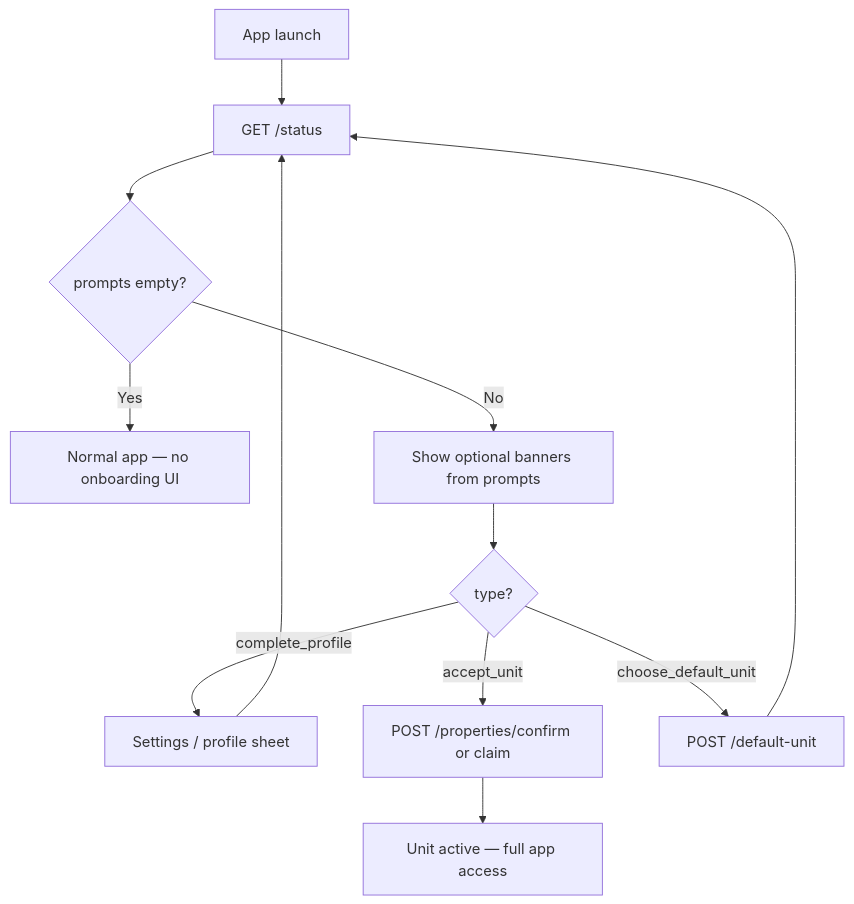
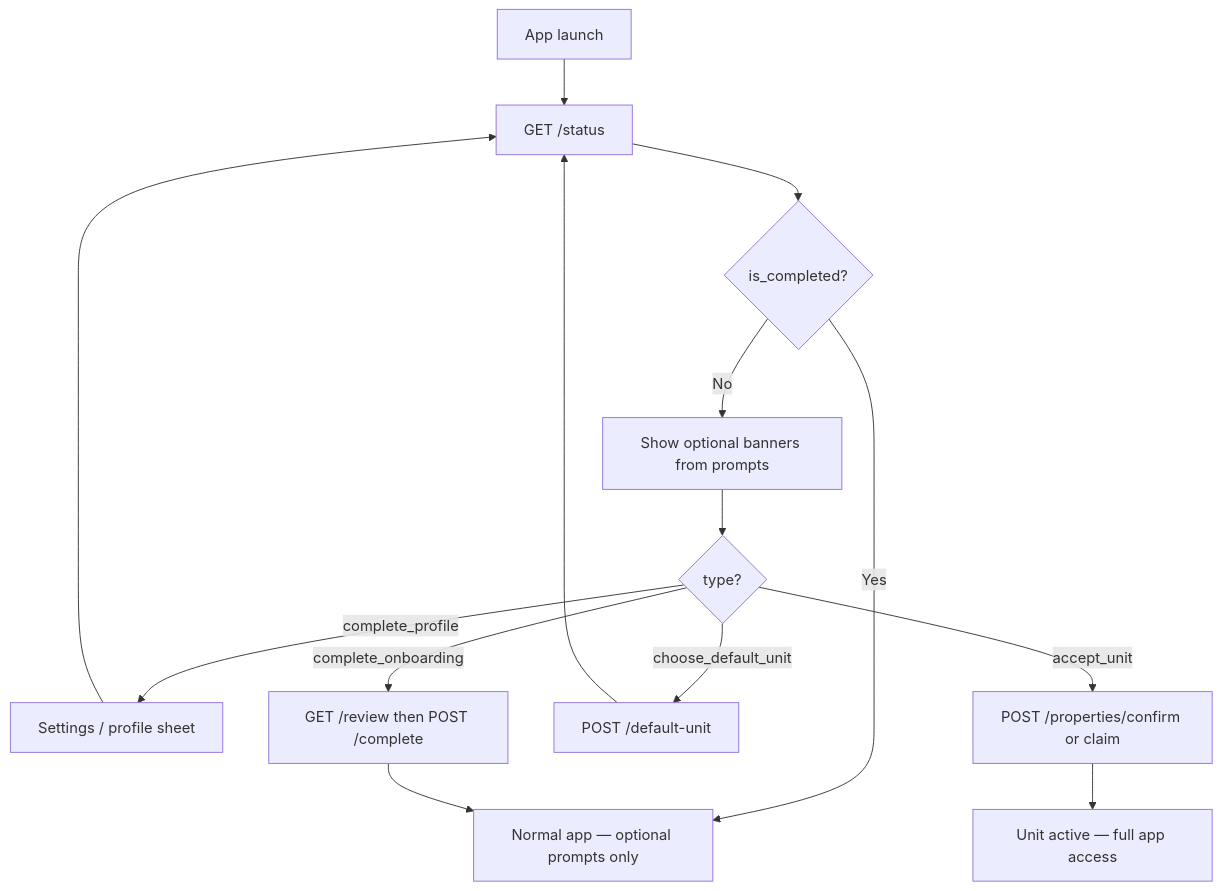
The second of 2 diagrams in docs/contact-onboarding-flow.md (isometrik-ai/ats-home-craft-python-service), drawn with Mermaid before and after one commit. The commit also changed other lines of this file and 4 other files, not shown here.

First line of the commit message:
Enhance ContactOnboardingService with review completion logic and onboarding status resolution

````diff
--- a/docs/contact-onboarding-flow.md
+++ b/docs/contact-onboarding-flow.md
@@ -607,14 +630,16 @@
 ```mermaid
 flowchart TD
     A[App launch] --> B[GET /status]
-    B --> C{prompts empty?}
-    C -->|Yes| D[Normal app — no onboarding UI]
+    B --> C{is_completed?}
+    C -->|Yes| D[Normal app — optional prompts only]
     C -->|No| E[Show optional banners from prompts]
     E --> F{type?}
     F -->|complete_profile| G[Settings / profile sheet]
     F -->|accept_unit| H[POST /properties/confirm or claim]
     F -->|choose_default_unit| I[POST /default-unit]
-    H --> J[Unit active — full app access]
+    F -->|complete_onboarding| J[GET /review then POST /complete]
+    H --> K[Unit active — full app access]
     G --> B
     I --> B
+    J --> D
 ```
````
